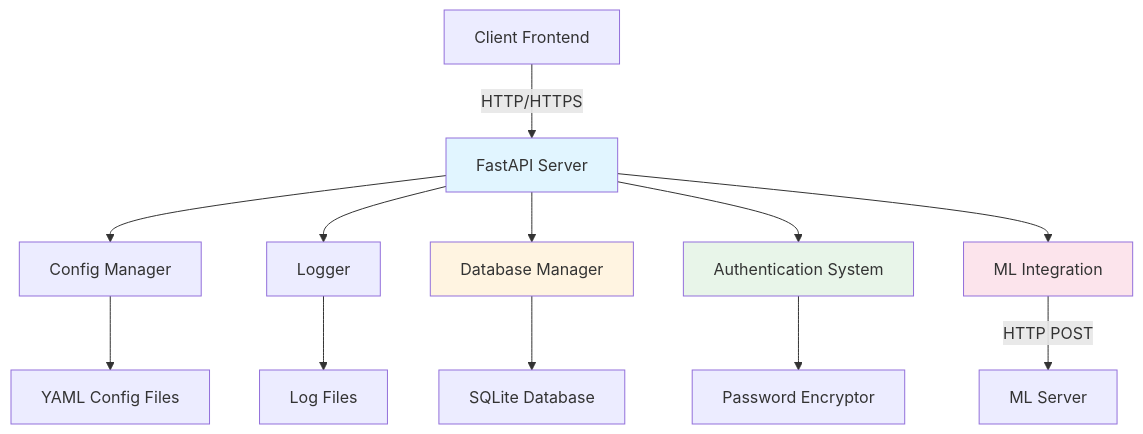
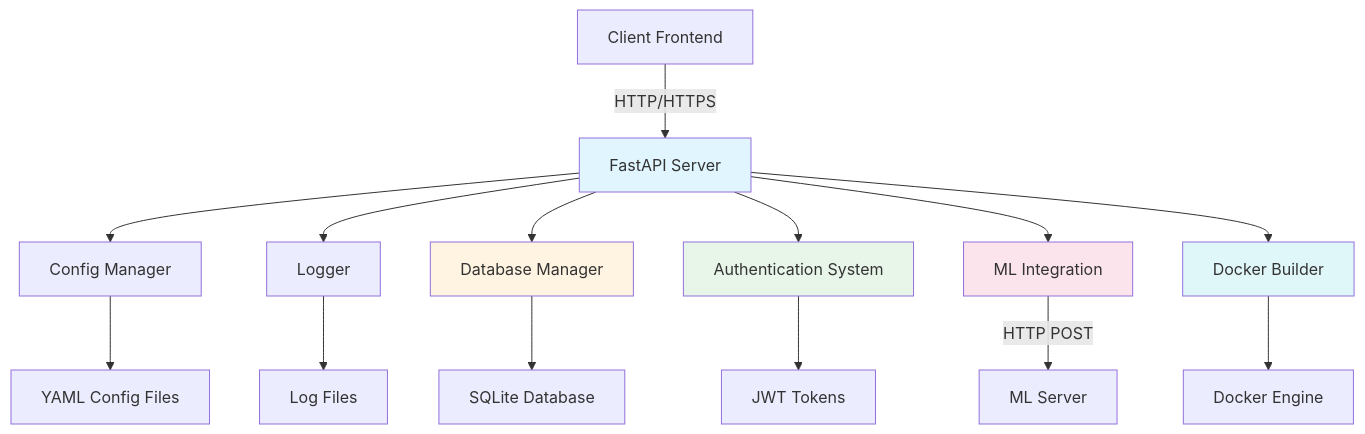
The first of 2 diagrams in ARCHITECTURE.md (HSE-SE-AI-HW-Checker/Backend), drawn with Mermaid before and after one commit. The commit also changed other lines of this file and 4 other files, not shown here.

````diff
--- a/ARCHITECTURE.md
+++ b/ARCHITECTURE.md
@@ -75,20 +21,23 @@
 ```mermaid
 graph TB
     A[Client Frontend] -->|HTTP/HTTPS| B[FastAPI Server]
     B --> C[Config Manager]
     B --> D[Logger]
     B --> E[Database Manager]
     B --> F[Authentication System]
     B --> G[ML Integration]
+    B --> H[Docker Builder]
     
-    C --> H[YAML Config Files]
-    D --> I[Log Files]
-    E --> J[SQLite Database]
-    F --> K[Password Encryptor]
-    G -->|HTTP POST| L[ML Server]
+    C --> I[YAML Config Files]
+    D --> J[Log Files]
+    E --> K[SQLite Database]
+    F --> L[JWT Tokens]
+    G -->|HTTP POST| M[ML Server]
+    H --> N[Docker Engine]
     
     style B fill:#e1f5ff
     style E fill:#fff4e1
     style F fill:#e8f5e9
     style G fill:#fce4ec
+    style H fill:#e0f7fa
 ```
````
